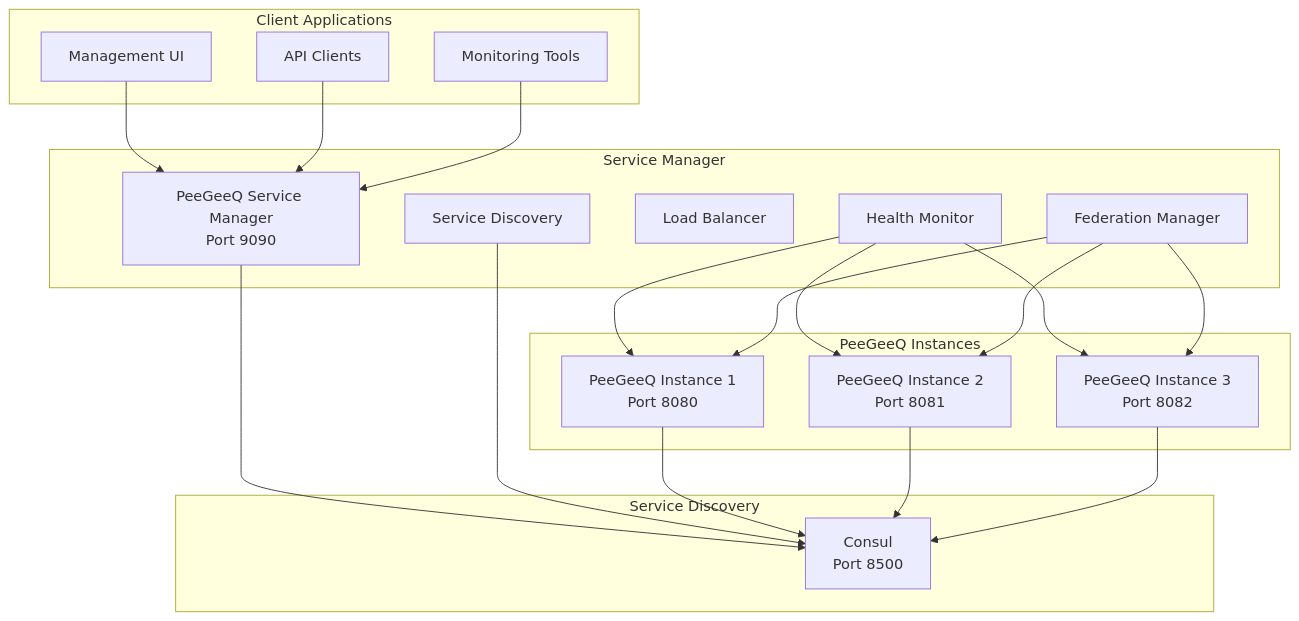
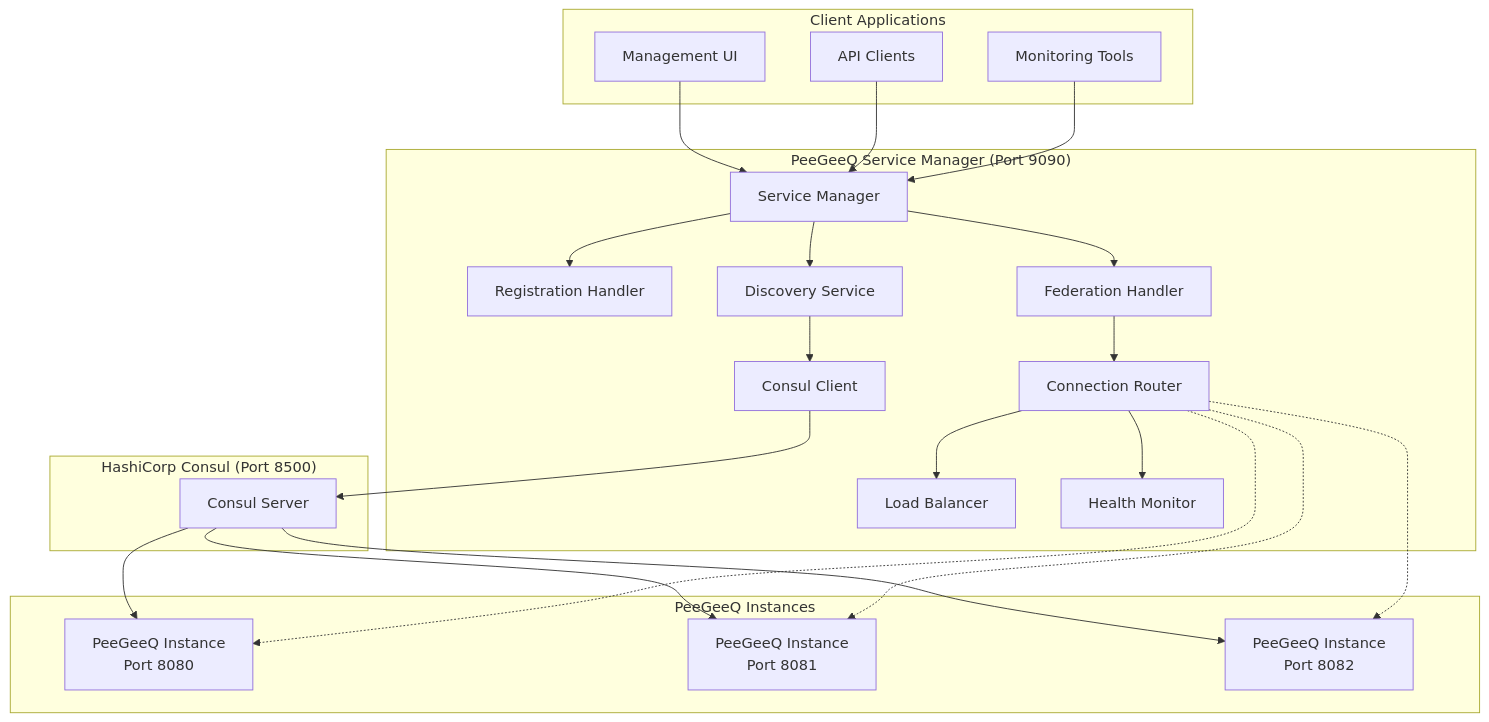
One commit to mraysmit/peegeeq changed the diagram in docs/PeeGeeQ-Service-Manager-Guide.md. Above: the diagram before and after it, drawn with Mermaid. The commit also changed other lines of this file and 21 other files, not shown here.

````diff
--- a/docs/PeeGeeQ-Service-Manager-Guide.md
+++ b/docs/PeeGeeQ-Service-Manager-Guide.md
@@ -9,43 +13,50 @@
 ```mermaid
 graph TB
-    subgraph "Service Manager"
-        SM[PeeGeeQ Service Manager<br/>Port 9090]
-        SD[Service Discovery]
+    subgraph "PeeGeeQ Service Manager (Port 9090)"
+        SM[Service Manager]
+        RH[Registration Handler]
+        FH[Federation Handler]
+        DS[Discovery Service]
         LB[Load Balancer]
         HM[Health Monitor]
-        FM[Federation Manager]
+        CR[Connection Router]
+        CC[Consul Client]
+
+        SM --> RH
+        SM --> FH
+        SM --> DS
+        DS --> CC
+        FH --> CR
+        CR --> LB
+        CR --> HM
     end
-    
-    subgraph "Service Discovery"
-        C[Consul<br/>Port 8500]
+
+    subgraph "HashiCorp Consul (Port 8500)"
+        CONSUL[Consul Server]
     end
-    
+
     subgraph "PeeGeeQ Instances"
-        P1[PeeGeeQ Instance 1<br/>Port 8080]
-        P2[PeeGeeQ Instance 2<br/>Port 8081]
-        P3[PeeGeeQ Instance 3<br/>Port 8082]
+        P1[PeeGeeQ Instance<br/>Port 8080]
+        P2[PeeGeeQ Instance<br/>Port 8081]
+        P3[PeeGeeQ Instance<br/>Port 8082]
     end
-    
+
     subgraph "Client Applications"
         UI[Management UI]
         API[API Clients]
         MON[Monitoring Tools]
     end
-    
-    SM --> C
-    SD --> C
-    HM --> P1
-    HM --> P2
-    HM --> P3
-    P1 --> C
-    P2 --> C
-    P3 --> C
-    
+
+    CC --> CONSUL
+    CONSUL --> P1
+    CONSUL --> P2
+    CONSUL --> P3
+
+    CR -.-> P1
+    CR -.-> P2
+    CR -.-> P3
+
     UI --> SM
     API --> SM
     MON --> SM
-    
-    FM --> P1
-    FM --> P2
-    FM --> P3
 ```
````
